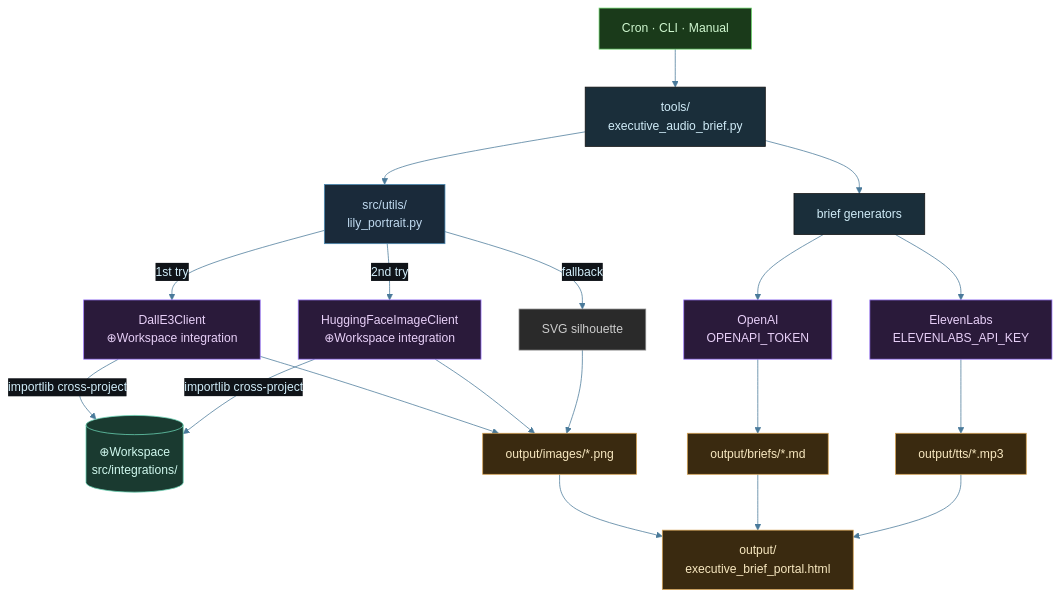
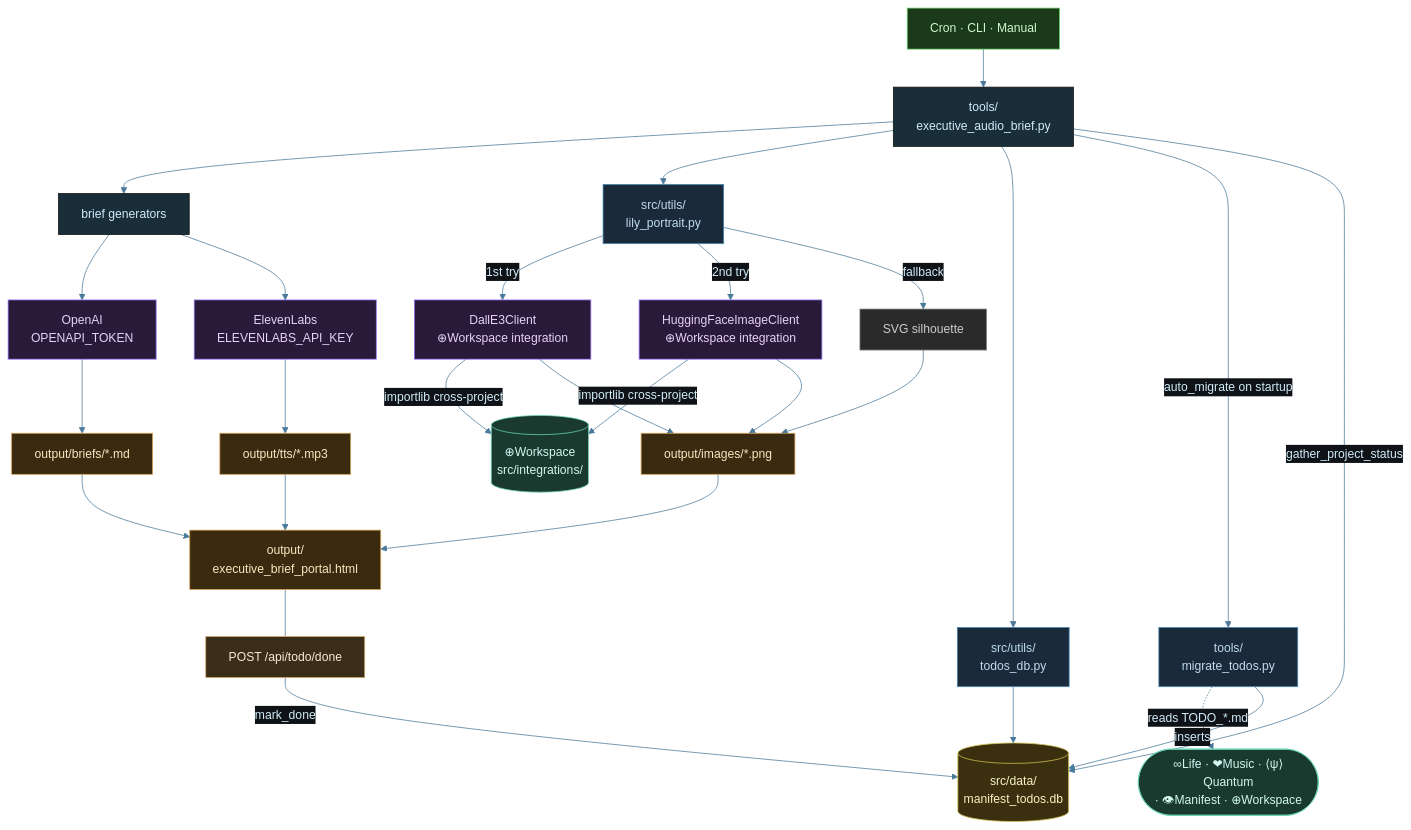
One commit to tylerdrakemusic/-Workspace changed the diagram in diagrams/manifest-architecture.mmd. Above: the diagram before and after it, drawn with Mermaid. The commit also changed 3 other files, not shown here.

Commit message:
docs(diagrams): update manifest diagrams for PR#12 todo-db-cards

```diff
--- a/diagrams/manifest-architecture.mmd
+++ b/diagrams/manifest-architecture.mmd
@@ -1,41 +1,59 @@
 %%{init: {'theme': 'base', 'themeVariables': {'primaryColor': '#1a2e3a', 'primaryTextColor': '#d0ecf8', 'edgeLabelBackground': '#0f1318', 'lineColor': '#4a7a9a'}}}%%
 graph TB
     Triggers[Cron · CLI · Manual] --> Tools[tools/<br/>executive_audio_brief.py]
     Tools --> Briefs[brief generators]
     Tools --> LilyPortrait[src/utils/<br/>lily_portrait.py]
     Briefs --> OpenAI[OpenAI<br/>OPENAPI_TOKEN]
     Briefs --> ElevenLabs[ElevenLabs<br/>ELEVENLABS_API_KEY]
     LilyPortrait -->|1st try| DallE3[DallE3Client<br/>⊕Workspace integration]
     LilyPortrait -->|2nd try| HFImage[HuggingFaceImageClient<br/>⊕Workspace integration]
     LilyPortrait -->|fallback| SVGFallback[SVG silhouette]
     DallE3 -->|importlib cross-project| WSIntegrations[(⊕Workspace<br/>src/integrations/)]
     HFImage -->|importlib cross-project| WSIntegrations
     DallE3 --> ImagesOut[output/images/*.png]
     HFImage --> ImagesOut
     SVGFallback --> ImagesOut
     ImagesOut --> Portal[output/<br/>executive_brief_portal.html]
     OpenAI --> TextOut[output/briefs/*.md]
     ElevenLabs --> AudioOut[output/tts/*.mp3]
     TextOut --> Portal
     AudioOut --> Portal
+    %% PR#12 – todos DB
+    TodosUtil[src/utils/<br/>todos_db.py]
+    TodosDB[(src/data/<br/>manifest_todos.db)]
+    MigrateScript[tools/<br/>migrate_todos.py]
+    AllProjects([∞Life · ❤Music · ⟨ψ⟩Quantum<br/>· 👁Manifest · ⊕Workspace])
+    TodoDoneAPI[POST /api/todo/done]
+    Tools --> TodosUtil
+    TodosUtil --> TodosDB
+    MigrateScript -.->|reads TODO_*.md| AllProjects
+    MigrateScript -->|inserts| TodosDB
+    Tools -->|auto_migrate on startup| MigrateScript
+    Tools -->|gather_project_status| TodosDB
+    Portal --- TodoDoneAPI
+    TodoDoneAPI -->|mark_done| TodosDB
+    class TodosDB db
+    class TodosUtil,MigrateScript util
+    class AllProjects ws
+    class TodoDoneAPI manifest
     class Triggers trig
     class OpenAI,ElevenLabs,DallE3,HFImage api
     class TextOut,AudioOut,Portal,ImagesOut out
     class WSIntegrations ws
     class LilyPortrait util
     class SVGFallback fallback
 
 classDef life     fill:#1a2e3a,stroke:#6ab4d4,color:#d0ecf8
 classDef music    fill:#3a1a24,stroke:#d47a8f,color:#f8d0dc
 classDef quantum  fill:#251a3a,stroke:#a07adf,color:#e8d0f8
 classDef manifest fill:#3a2e1a,stroke:#d4a96a,color:#f8ead0
 classDef ws       fill:#1a3a30,stroke:#6ad4b4,color:#d0f8ee
 classDef tyler    fill:#2a1a3a,stroke:#9e4aff,color:#fff
 classDef ext      fill:#3a2020,stroke:#ff7a7a,color:#ffd0d0
 classDef db       fill:#3a3010,stroke:#d4c050,color:#f8f0c0
 classDef state    fill:#1a1a1a,stroke:#888888,color:#cccccc
 classDef api      fill:#2a1a3a,stroke:#9e7aff,color:#e8d0f8
 classDef trig     fill:#1a3a1a,stroke:#6ad46a,color:#d0f8d0
 classDef out      fill:#3a2a10,stroke:#d4a050,color:#f8e8c0
 classDef util     fill:#1a2a3a,stroke:#4a8ab4,color:#c0daf0
 classDef fallback fill:#2a2a2a,stroke:#888888,color:#cccccc
```
